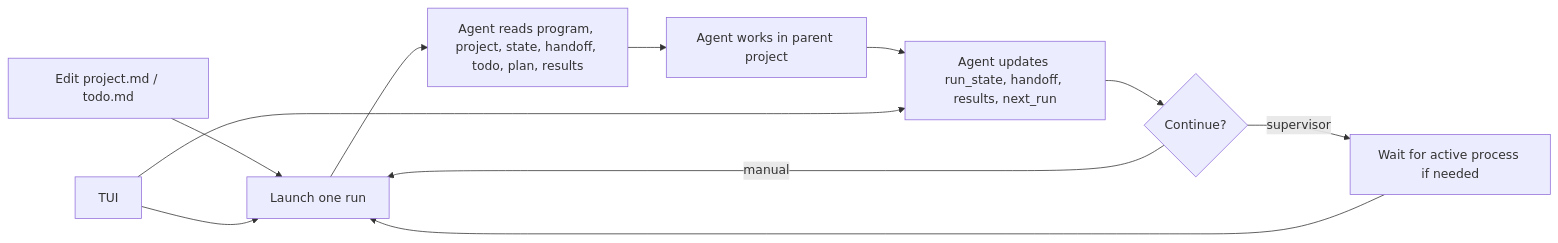
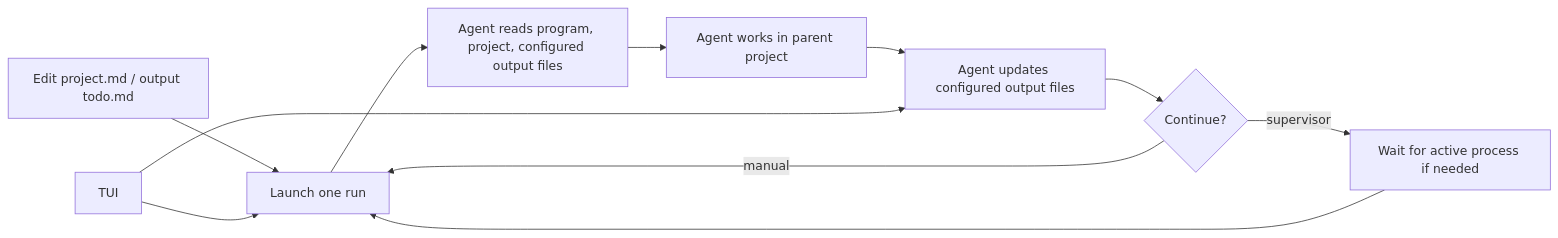
Before and after one commit to ChenGou-zheng/my-autoresearch: the diagram in README.md, drawn with Mermaid. The commit also changed other lines of this file and 9 other files, not shown here.

First line of the commit message:
Use configured output_dir for runtime files

````diff
--- a/README.md
+++ b/README.md
@@ -234,13 +253,13 @@
 ```mermaid
 flowchart LR
-    A["Edit project.md / todo.md"] --> B["Launch one run"]
-    B --> C["Agent reads program, project, state, handoff, todo, plan, results"]
+    A["Edit project.md / output todo.md"] --> B["Launch one run"]
+    B --> C["Agent reads program, project, configured output files"]
     C --> D["Agent works in parent project"]
-    D --> E["Agent updates run_state, handoff, results, next_run"]
+    D --> E["Agent updates configured output files"]
     E --> F{"Continue?"}
     F -->|"manual"| B
     F -->|"supervisor"| G["Wait for active process if needed"]
     G --> B
     T["TUI"] --> E
     T --> B
 ```
````
